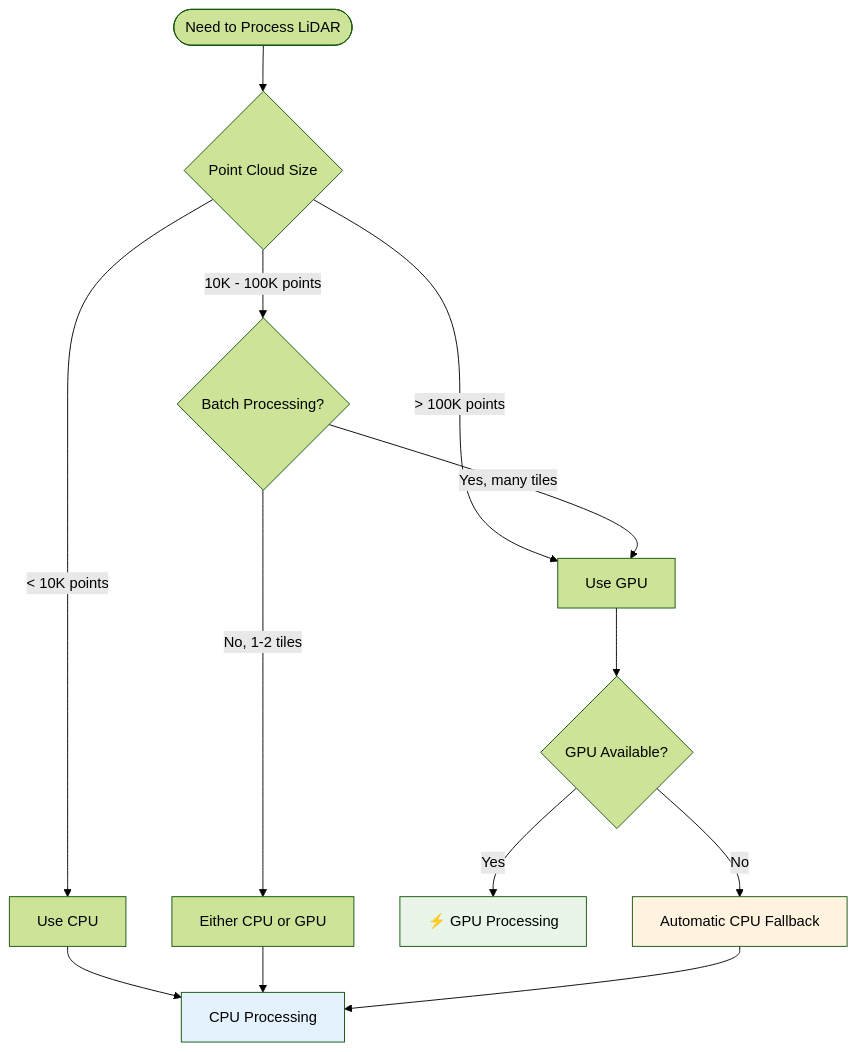
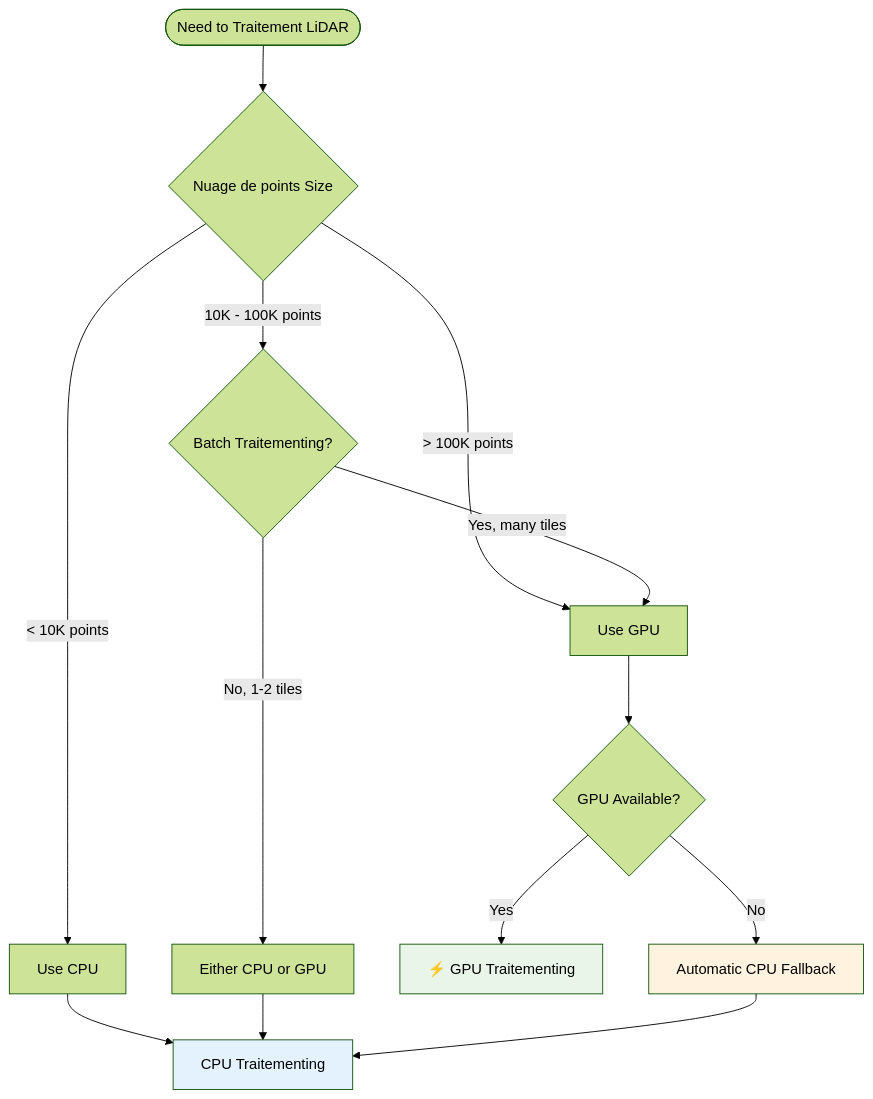
One commit to sducournau/IGN_LIDAR_HD_DATASET changed the first of 3 diagrams in website/i18n/fr/docusaurus-plugin-content-docs/current/gpu/overview.md. Above: the diagram before and after it, drawn with Mermaid (forest theme). The commit also changed other lines of this file and 42 other files, not shown here.

````diff
--- a/website/i18n/fr/docusaurus-plugin-content-docs/current/gpu/overview.md
+++ b/website/i18n/fr/docusaurus-plugin-content-docs/current/gpu/overview.md
@@ -268,23 +268,23 @@
 ```mermaid
 flowchart TD
-    Start([Need to Process LiDAR]) --> Size{Point Cloud Size}
+    Start([Need to Traitement LiDAR]) --> Size{Nuage de points Size}
 
     Size -->|< 10K points| UseCPU[Use CPU]
-    Size -->|10K - 100K points| Consider{Batch Processing?}
+    Size -->|10K - 100K points| Consider{Batch Traitementing?}
     Size -->|> 100K points| UseGPU[Use GPU]
 
     Consider -->|Yes, many tiles| UseGPU
     Consider -->|No, 1-2 tiles| Either[Either CPU or GPU]
 
     UseGPU --> Check{GPU Available?}
-    Check -->|Yes| GPUProcess[⚡ GPU Processing]
+    Check -->|Yes| GPUTraitement[⚡ GPU Traitementing]
     Check -->|No| Fallback[Automatic CPU Fallback]
 
-    UseCPU --> CPUProcess[CPU Processing]
-    Either --> CPUProcess
-    Fallback --> CPUProcess
+    UseCPU --> CPUTraitement[CPU Traitementing]
+    Either --> CPUTraitement
+    Fallback --> CPUTraitement
 
-    style GPUProcess fill:#e8f5e8
-    style CPUProcess fill:#e3f2fd
+    style GPUTraitement fill:#e8f5e8
+    style CPUTraitement fill:#e3f2fd
     style Fallback fill:#fff3e0
 ```
````
